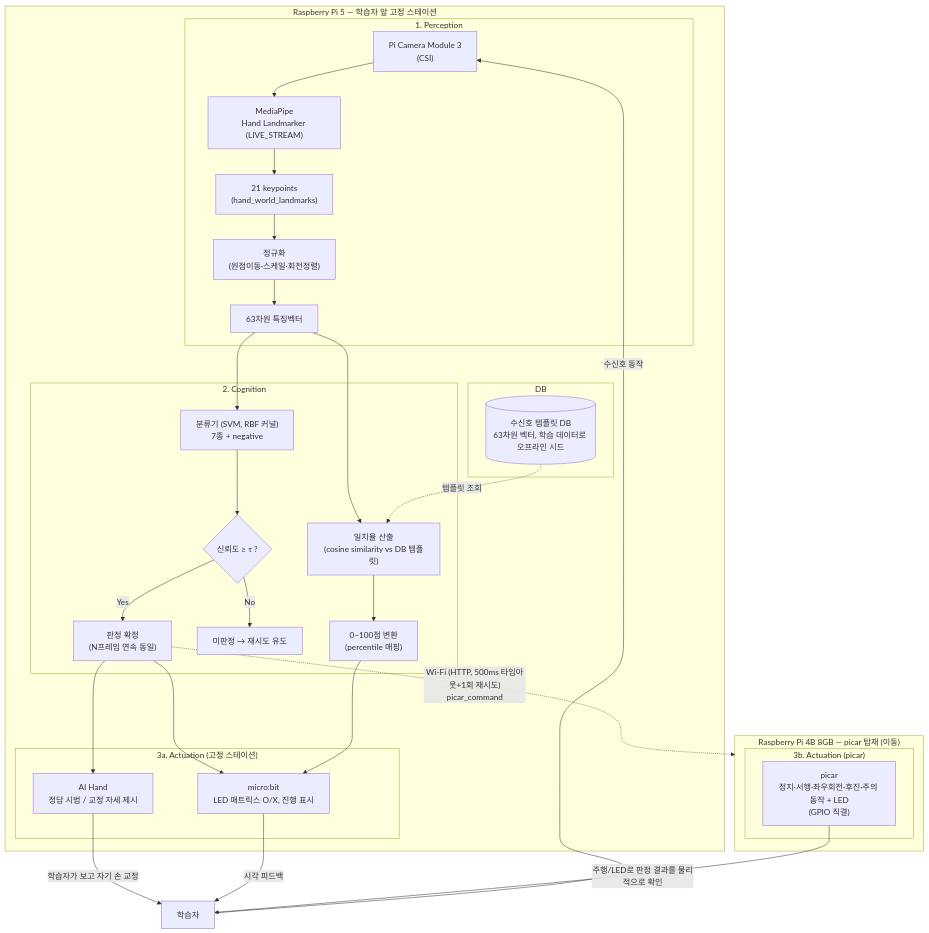
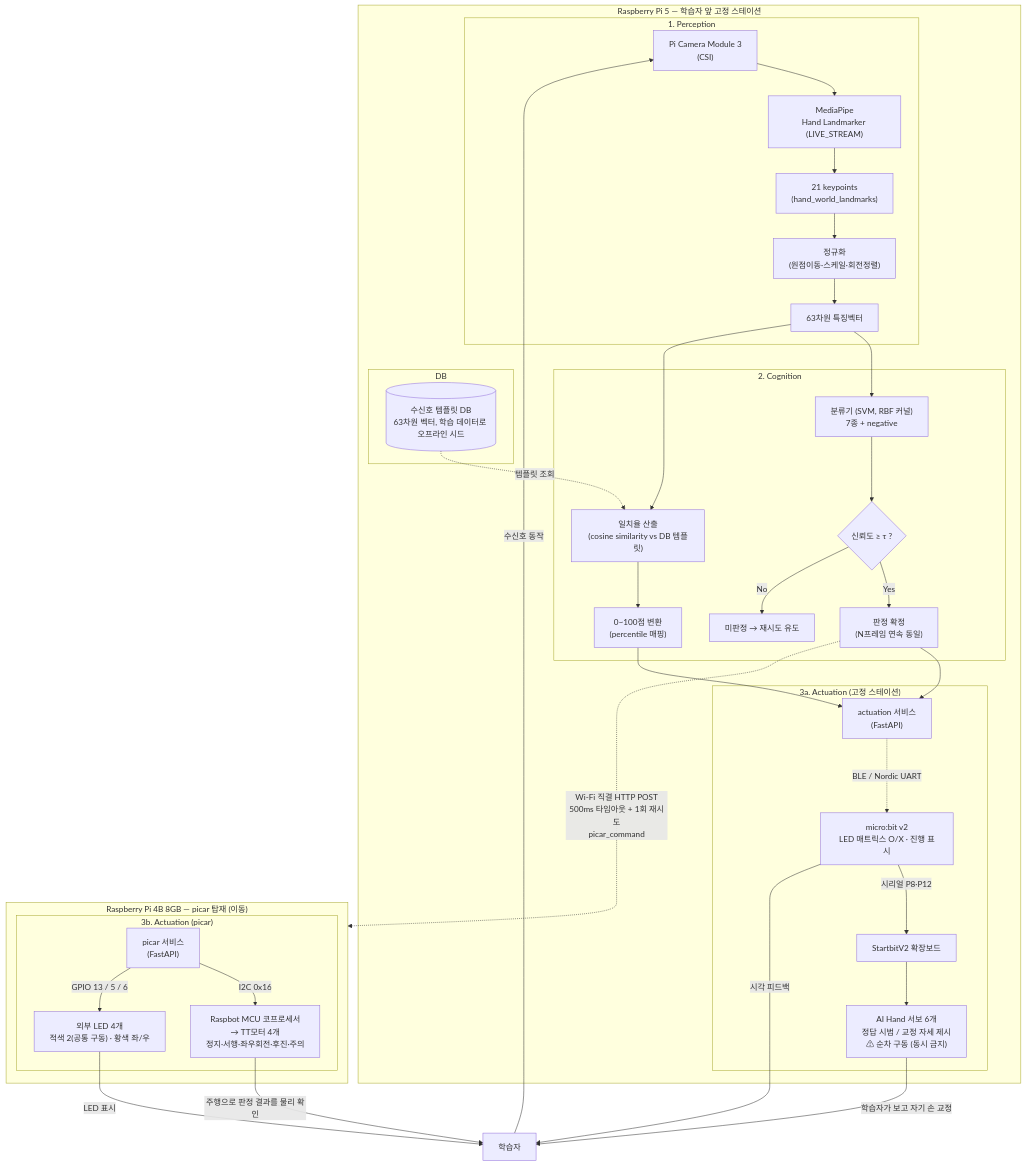
The diagram in document/시스템_구성도_초안.md (Lee35678/SafeSign_PhysicalAI), drawn with Mermaid before and after one commit. The commit also changed other lines of this file and 9 other files, not shown here.

````diff
--- a/document/시스템_구성도_초안.md
+++ b/document/시스템_구성도_초안.md
@@ -22,44 +27,49 @@
 ```mermaid
 flowchart TD
     subgraph RPI5["Raspberry Pi 5 — 학습자 앞 고정 스테이션"]
         subgraph PERCEPTION["1. Perception"]
             D["Pi Camera Module 3<br/>(CSI)"] --> E["MediaPipe<br/>Hand Landmarker (LIVE_STREAM)"]
             E --> F["21 keypoints<br/>(hand_world_landmarks)"]
             F --> G["정규화<br/>(원점이동·스케일·회전정렬)"]
             G --> H["63차원 특징벡터"]
         end
 
         subgraph COGNITION["2. Cognition"]
             H --> I["분류기 (SVM, RBF 커널)<br/>7종 + negative"]
             H --> J["일치율 산출<br/>(cosine similarity vs DB 템플릿)"]
             I --> K{"신뢰도 ≥ τ ?"}
             K -->|Yes| L["판정 확정<br/>(N프레임 연속 동일)"]
             K -->|No| M["미판정 → 재시도 유도"]
             J --> N["0~100점 변환<br/>(percentile 매핑)"]
         end
 
         subgraph DB["DB"]
             O[(수신호 템플릿 DB<br/>63차원 벡터, 학습 데이터로 오프라인 시드)]
         end
         O -.템플릿 조회.-> J
 
         subgraph ACTUATION_LOCAL["3a. Actuation (고정 스테이션)"]
-            L --> P["AI Hand<br/>정답 시범 / 교정 자세 제시"]
-            L --> Q["micro:bit<br/>LED 매트릭스 O/X, 진행 표시"]
+            L --> S1["actuation 서비스<br/>(FastAPI)"]
+            N --> S1
+            S1 -.BLE / Nordic UART.-> S2["micro:bit v2<br/>LED 매트릭스 O/X · 진행 표시"]
+            S2 -->|"시리얼 P8·P12"| S3["StartbitV2 확장보드"]
+            S3 --> S4["AI Hand 서보 6개<br/>정답 시범 / 교정 자세 제시<br/>⚠ 순차 구동 (동시 금지)"]
         end
-        N --> Q
     end
 
-    L -.Wi-Fi (HTTP, 500ms 타임아웃+1회 재시도)<br/>picar_command.-> RPI4B
+    L -.Wi-Fi 직결 HTTP POST<br/>500ms 타임아웃 + 1회 재시도<br/>picar_command.-> RPI4B
 
     subgraph RPI4B["Raspberry Pi 4B 8GB — picar 탑재 (이동)"]
         subgraph ACTUATION_PICAR["3b. Actuation (picar)"]
-            R["picar<br/>정지·서행·좌우회전·후진·주의 동작 + LED<br/>(GPIO 직결)"]
+            R1["picar 서비스<br/>(FastAPI)"]
+            R1 -->|"I2C 0x16"| R2["Raspbot MCU 코프로세서<br/>→ TT모터 4개<br/>정지·서행·좌우회전·후진·주의"]
+            R1 -->|"GPIO 13 / 5 / 6"| R3["외부 LED 4개<br/>적색 2(공통 구동) · 황색 좌/우"]
         end
     end
 
     A[학습자] -->|수신호 동작| D
-    P -->|학습자가 보고 자기 손 교정| A
-    Q -->|시각 피드백| A
-    R -->|주행/LED로 판정 결과를 물리적으로 확인| A
+    S4 -->|학습자가 보고 자기 손 교정| A
+    S2 -->|시각 피드백| A
+    R2 -->|주행으로 판정 결과를 물리 확인| A
+    R3 -->|LED 표시| A
 ```
````
